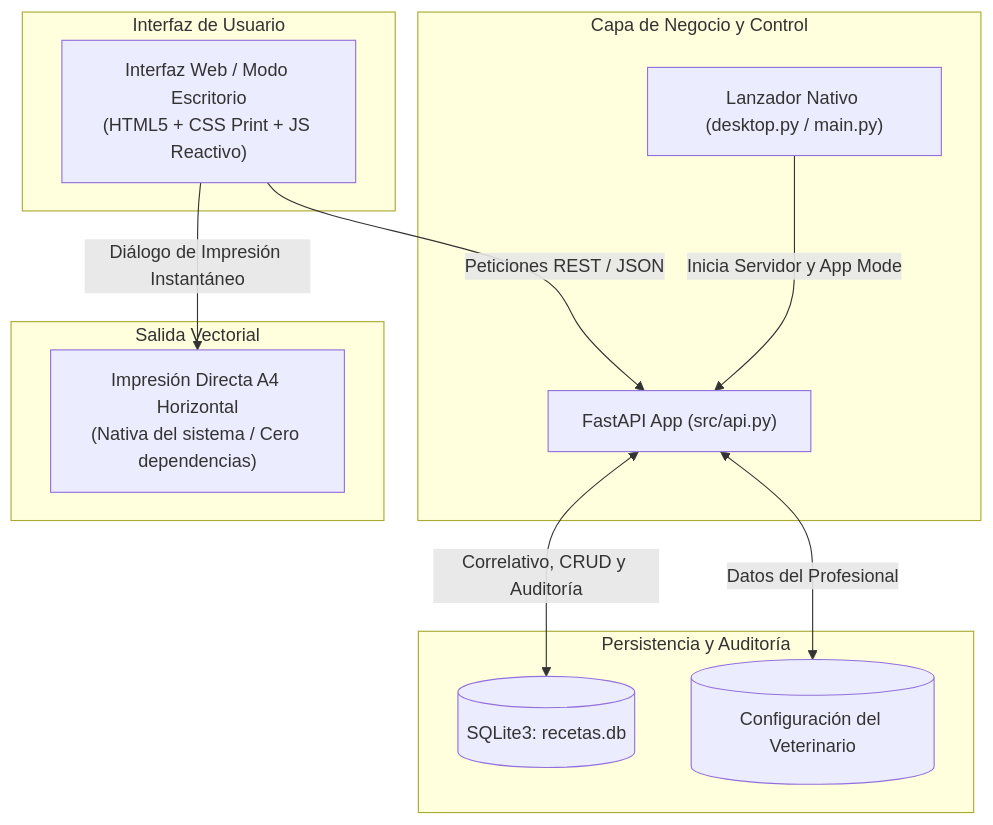
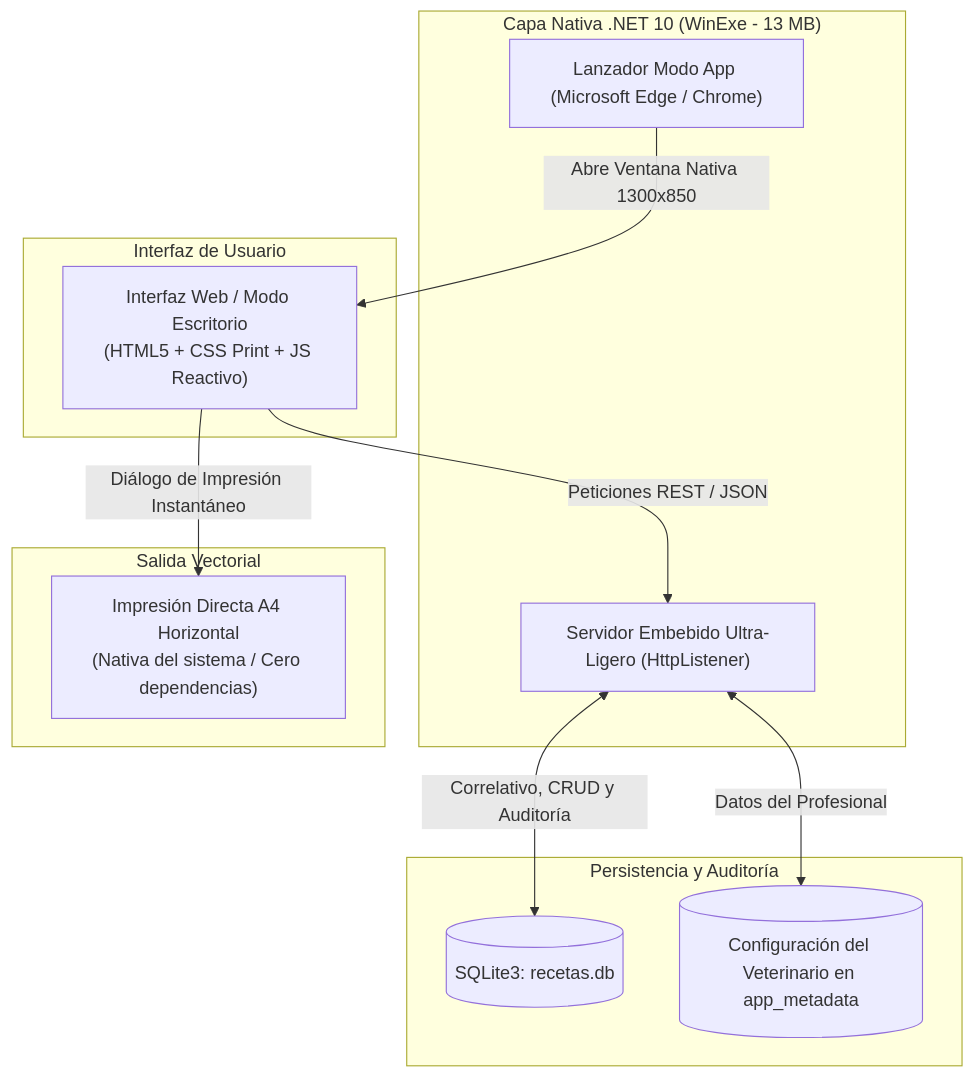
The diagram in README.md (Klopezxd/vet-prescription-generator), drawn with Mermaid before and after one commit. The commit also changed other lines of this file and 17 other files, not shown here.

Commit message:
feat: re-architect backend to native C# .NET 10 with embedded HTTP server and SQLite for instant startup and lightweight 13MB binary

````diff
--- a/README.md
+++ b/README.md
@@ -35,26 +35,26 @@
 ```mermaid
 flowchart TD
     subgraph Frontend["Interfaz de Usuario"]
         UI["Interfaz Web / Modo Escritorio<br>(HTML5 + CSS Print + JS Reactivo)"]
     end
 
-    subgraph Backend["Capa de Negocio y Control"]
-        API["FastAPI App (src/api.py)"]
-        Desktop["Lanzador Nativo (desktop.py / main.py)"]
+    subgraph Backend["Capa Nativa .NET 10 (WinExe - 13 MB)"]
+        Server["Servidor Embebido Ultra-Ligero (HttpListener)"]
+        Launcher["Lanzador Modo App (Microsoft Edge / Chrome)"]
     end
 
     subgraph Storage["Persistencia y Auditoría"]
         DB[(SQLite3: recetas.db)]
-        Meta[(Configuración del Veterinario)]
+        Meta[(Configuración del Veterinario en app_metadata)]
     end
 
     subgraph Output["Salida Vectorial"]
         Print["Impresión Directa A4 Horizontal<br>(Nativa del sistema / Cero dependencias)"]
     end
 
-    UI -->|Peticiones REST / JSON| API
-    Desktop -->|Inicia Servidor y App Mode| API
-    API <-->|Correlativo, CRUD y Auditoría| DB
-    API <-->|Datos del Profesional| Meta
+    UI -->|Peticiones REST / JSON| Server
+    Launcher -->|Abre Ventana Nativa 1300x850| UI
+    Server <-->|Correlativo, CRUD y Auditoría| DB
+    Server <-->|Datos del Profesional| Meta
     UI -->|Diálogo de Impresión Instantáneo| Print
 ```
````
